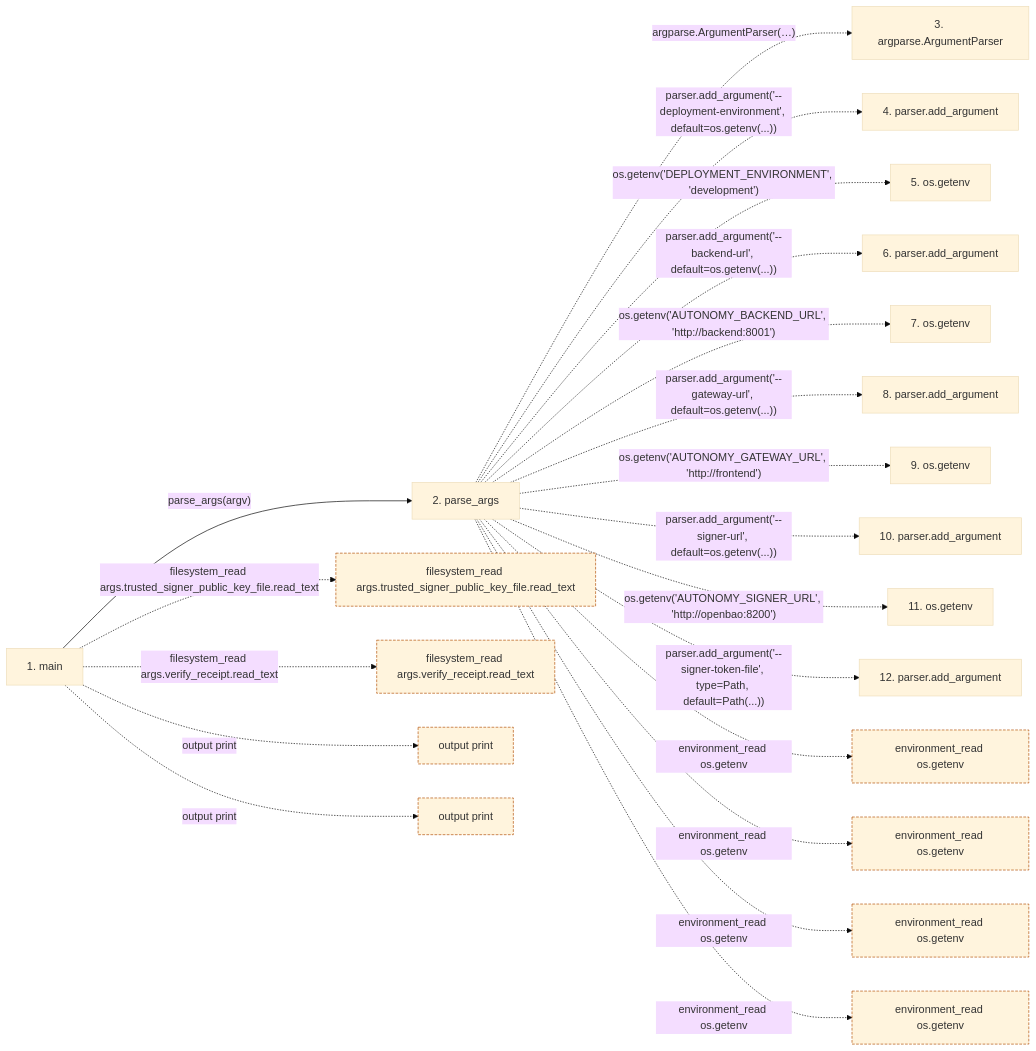
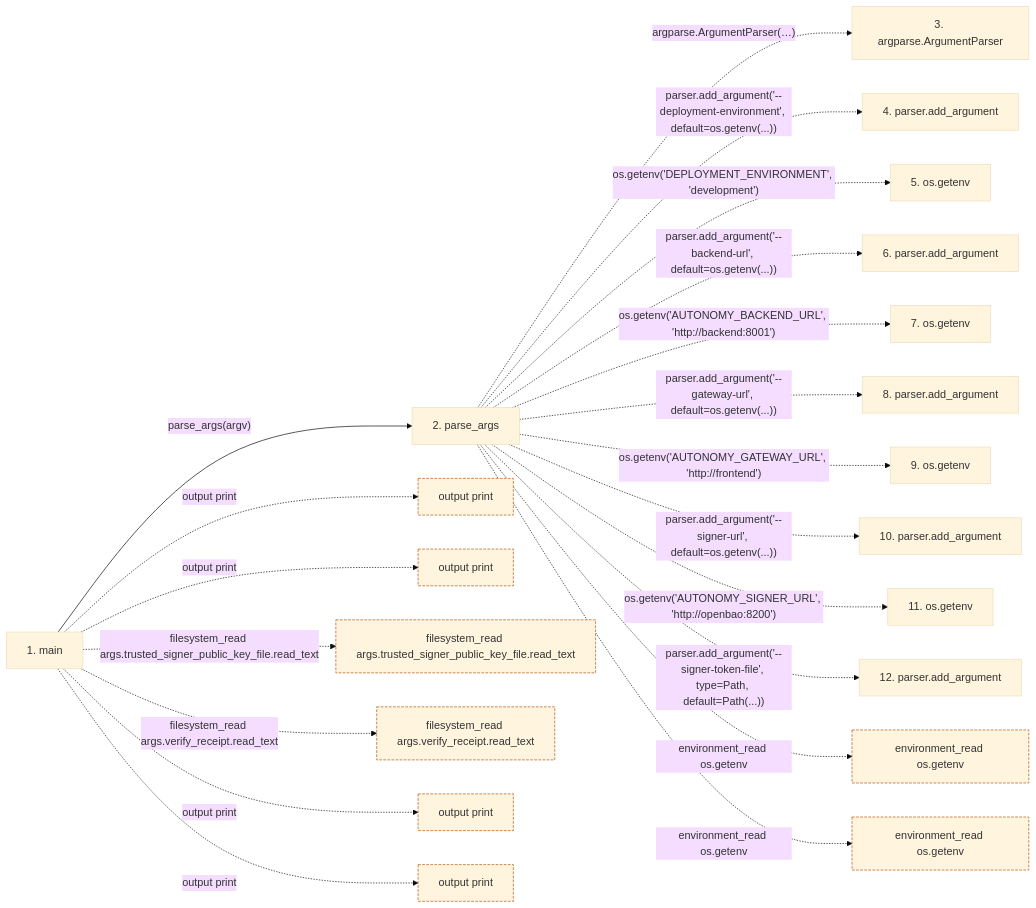
The second of 2 diagrams in docs/llm_wiki/flows/process-server_acceptance.md (Denissvgn/WorkChord), drawn with Mermaid (base theme) before and after one commit. The commit also changed other lines of this file and 10148 other files, not shown here.

````diff
--- a/docs/llm_wiki/flows/process-server_acceptance.md
+++ b/docs/llm_wiki/flows/process-server_acceptance.md
@@ -65,53 +66,53 @@
 ```mermaid
 flowchart LR
     s1["1. main"]
     s2["2. parse_args"]
     s3["3. argparse.ArgumentParser"]
     s4["4. parser.add_argument"]
     s5["5. os.getenv"]
     s6["6. parser.add_argument"]
     s7["7. os.getenv"]
     s8["8. parser.add_argument"]
     s9["9. os.getenv"]
     s10["10. parser.add_argument"]
     s11["11. os.getenv"]
     s12["12. parser.add_argument"]
     s1 -->|"parse_args(argv)"| s2
     s2 -. "argparse.ArgumentParser(…)" .-> s3
     s2 -. "parser.add_argument('--deployment-environment', default=os.getenv(...))" .-> s4
     s2 -. "os.getenv('DEPLOYMENT_ENVIRONMENT', 'development')" .-> s5
     s2 -. "parser.add_argument('--backend-url', default=os.getenv(...))" .-> s6
     s2 -. "os.getenv('AUTONOMY_BACKEND_URL', 'http://backend:8001')" .-> s7
     s2 -. "parser.add_argument('--gateway-url', default=os.getenv(...))" .-> s8
     s2 -. "os.getenv('AUTONOMY_GATEWAY_URL', 'http://frontend')" .-> s9
     s2 -. "parser.add_argument('--signer-url', default=os.getenv(...))" .-> s10
     s2 -. "os.getenv('AUTONOMY_SIGNER_URL', 'http://openbao:8200')" .-> s11
     s2 -. "parser.add_argument('--signer-token-file', type=Path, default=Path(...))" .-> s12
-    b0["filesystem_read args.trusted_signer_public_key_file.read_text"]
-    s1 -. "filesystem_read args.trusted_signer_public_key_file.read_text" .-> b0
-    b1["filesystem_read args.verify_receipt.read_text"]
-    s1 -. "filesystem_read args.verify_receipt.read_text" .-> b1
-    b2["output print"]
-    s1 -. "output print" .-> b2
-    b3["output print"]
-    s1 -. "output print" .-> b3
-    b4["environment_read os.getenv"]
-    s2 -. "environment_read os.getenv" .-> b4
-    b5["environment_read os.getenv"]
-    s2 -. "environment_read os.getenv" .-> b5
+    b0["output print"]
+    s1 -. "output print" .-> b0
+    b1["output print"]
+    s1 -. "output print" .-> b1
+    b2["filesystem_read args.trusted_signer_public_key_file.read_text"]
+    s1 -. "filesystem_read args.trusted_signer_public_key_file.read_text" .-> b2
+    b3["filesystem_read args.verify_receipt.read_text"]
+    s1 -. "filesystem_read args.verify_receipt.read_text" .-> b3
+    b4["output print"]
+    s1 -. "output print" .-> b4
+    b5["output print"]
+    s1 -. "output print" .-> b5
     b6["environment_read os.getenv"]
     s2 -. "environment_read os.getenv" .-> b6
     b7["environment_read os.getenv"]
     s2 -. "environment_read os.getenv" .-> b7
     click s1 "../modules/cli_server_acceptance.md"
     click s2 "../modules/cli_server_acceptance.md"
     classDef boundary stroke:#b45309,stroke-dasharray: 4 2
     class b0 boundary
     class b1 boundary
     class b2 boundary
     class b3 boundary
     class b4 boundary
     class b5 boundary
     class b6 boundary
     class b7 boundary
 ```
````
